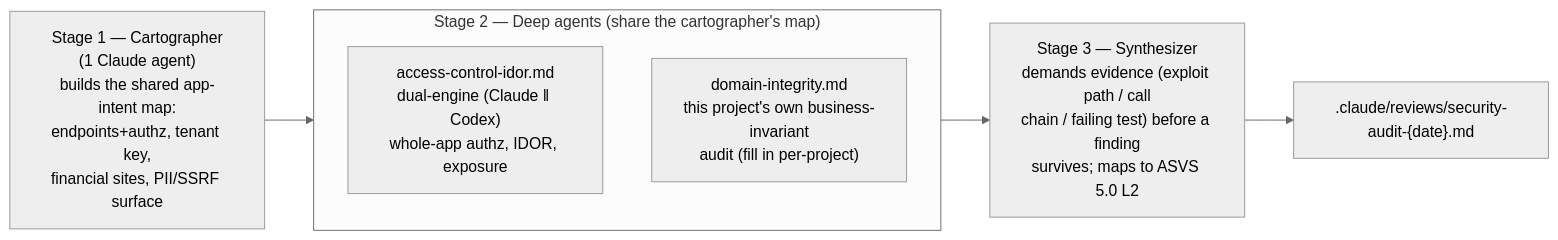
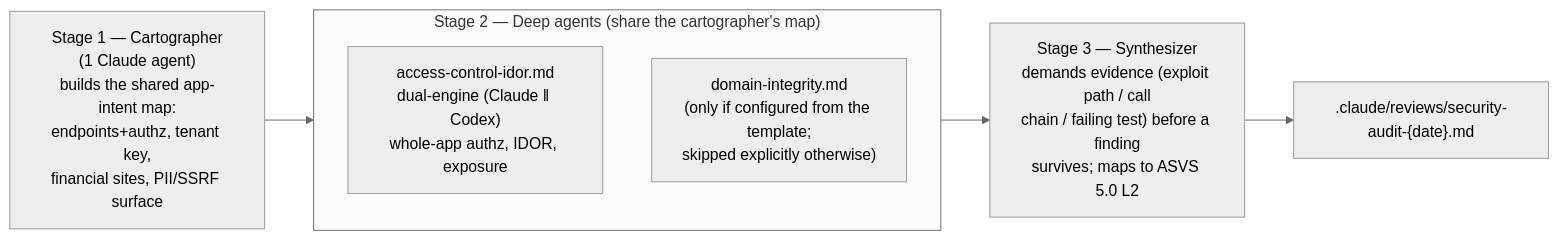
The second of 2 diagrams in agents/codebase/README.md (nodera-studio/agent-os), drawn with Mermaid (neutral theme) before and after one commit. The commit also changed 8 other files, not shown here.

First line of the commit message:
Make the security domain-integrity lens an explicitly configured template

````diff
--- a/agents/codebase/README.md
+++ b/agents/codebase/README.md
@@ -23,13 +23,13 @@
 ```mermaid
 flowchart LR
     MAP["Stage 1 — Cartographer<br/>(1 Claude agent)<br/>builds the shared app-intent map:<br/>endpoints+authz, tenant key,<br/>financial sites, PII/SSRF surface"] --> DEEP
 
     subgraph DEEP["Stage 2 — Deep agents (share the cartographer's map)"]
         direction TB
         IDOR["access-control-idor.md<br/>dual-engine (Claude ‖ Codex)<br/>whole-app authz, IDOR, exposure"]
-        DOM["domain-integrity.md<br/>this project's own business-invariant<br/>audit (fill in per-project)"]
+        DOM["domain-integrity.md<br/>(only if configured from the template;<br/>skipped explicitly otherwise)"]
     end
 
     DEEP --> SYN["Stage 3 — Synthesizer<br/>demands evidence (exploit path / call<br/>chain / failing test) before a finding<br/>survives; maps to ASVS 5.0 L2"]
     SYN --> REP[".claude/reviews/security-audit-{date}.md"]
 ```
````
